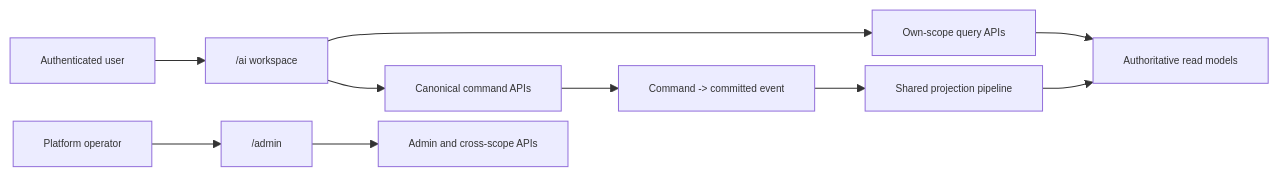
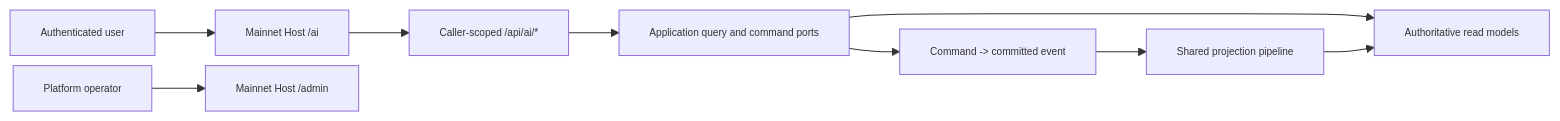
One commit to aevatarAI/aevatar changed the diagram in docs/canon/ai-workspace.md. Above: the diagram before and after it, drawn with Mermaid. The commit also changed other lines of this file and 75 other files, not shown here.

Commit message:
Add independent Mainnet AI application

````diff
--- a/docs/canon/ai-workspace.md
+++ b/docs/canon/ai-workspace.md
@@ -24,13 +26,12 @@
 ```mermaid
 %%{init: {"maxTextSize": 100000, "flowchart": {"useMaxWidth": false, "nodeSpacing": 10, "rankSpacing": 50}, "themeVariables": {"fontSize": "10px"}}}%%
 flowchart LR
-  U["Authenticated user"] --> AI["/ai workspace"]
-  O["Platform operator"] --> AD["/admin"]
-  AI --> Q["Own-scope query APIs"]
-  AI --> C["Canonical command APIs"]
-  AD --> AQ["Admin and cross-scope APIs"]
+  U["Authenticated user"] --> AI["Mainnet Host /ai"]
+  O["Platform operator"] --> AD["Mainnet Host /admin"]
+  AI --> API["Caller-scoped /api/ai/*"]
+  API --> Q["Application query and command ports"]
   Q --> RM["Authoritative read models"]
-  C --> E["Command -> committed event"]
-  E --> P["Shared projection pipeline"]
+  Q --> C["Command -> committed event"]
+  C --> P["Shared projection pipeline"]
   P --> RM
 ```
````
